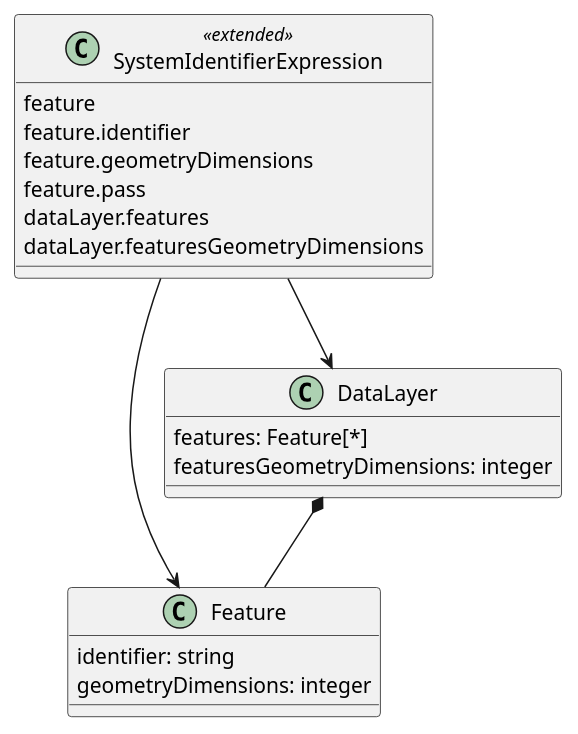
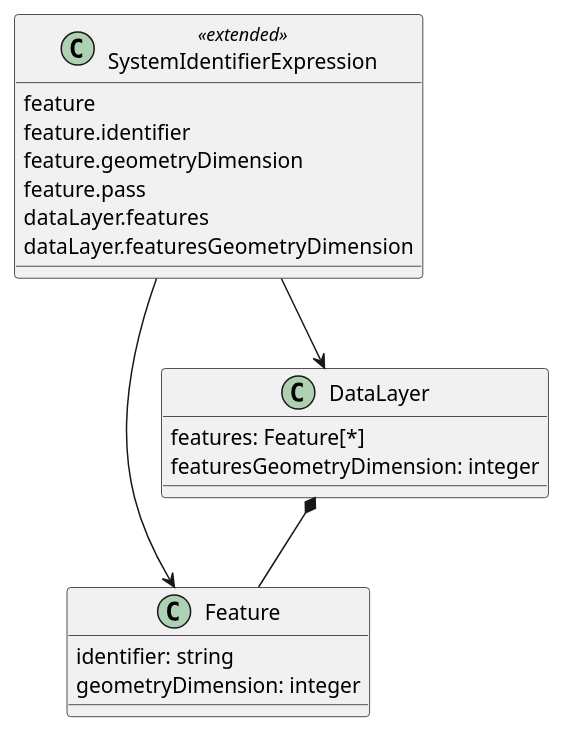
One commit to opengeospatial/cartographic-symbology changed the second of 10 diagrams in 1-core/sections/clause_8_vector.adoc. Above: the diagram before and after it, drawn with PlantUML. The commit also changed 8 other files, not shown here.

First line of the commit message:
Use geometryDimension (singular) everywhere (#242)

```diff
--- a/1-core/sections/clause_8_vector.adoc
+++ b/1-core/sections/clause_8_vector.adoc
@@ -48,21 +48,21 @@
 [plantuml, target=diagram-classes, format=png]
 ....
 @startuml
 class SystemIdentifierExpression <<extended>>
 SystemIdentifierExpression : feature
 SystemIdentifierExpression : feature.identifier
-SystemIdentifierExpression : feature.geometryDimensions
+SystemIdentifierExpression : feature.geometryDimension
 SystemIdentifierExpression : feature.pass
 SystemIdentifierExpression : dataLayer.features
-SystemIdentifierExpression : dataLayer.featuresGeometryDimensions
+SystemIdentifierExpression : dataLayer.featuresGeometryDimension
 SystemIdentifierExpression --> Feature
 SystemIdentifierExpression --> DataLayer
 
 Feature : identifier: string
-Feature : geometryDimensions: integer
+Feature : geometryDimension: integer
 
 DataLayer : features: Feature[*]
-DataLayer : featuresGeometryDimensions: integer
+DataLayer : featuresGeometryDimension: integer
 DataLayer *-- Feature
 @enduml
 ....
```
